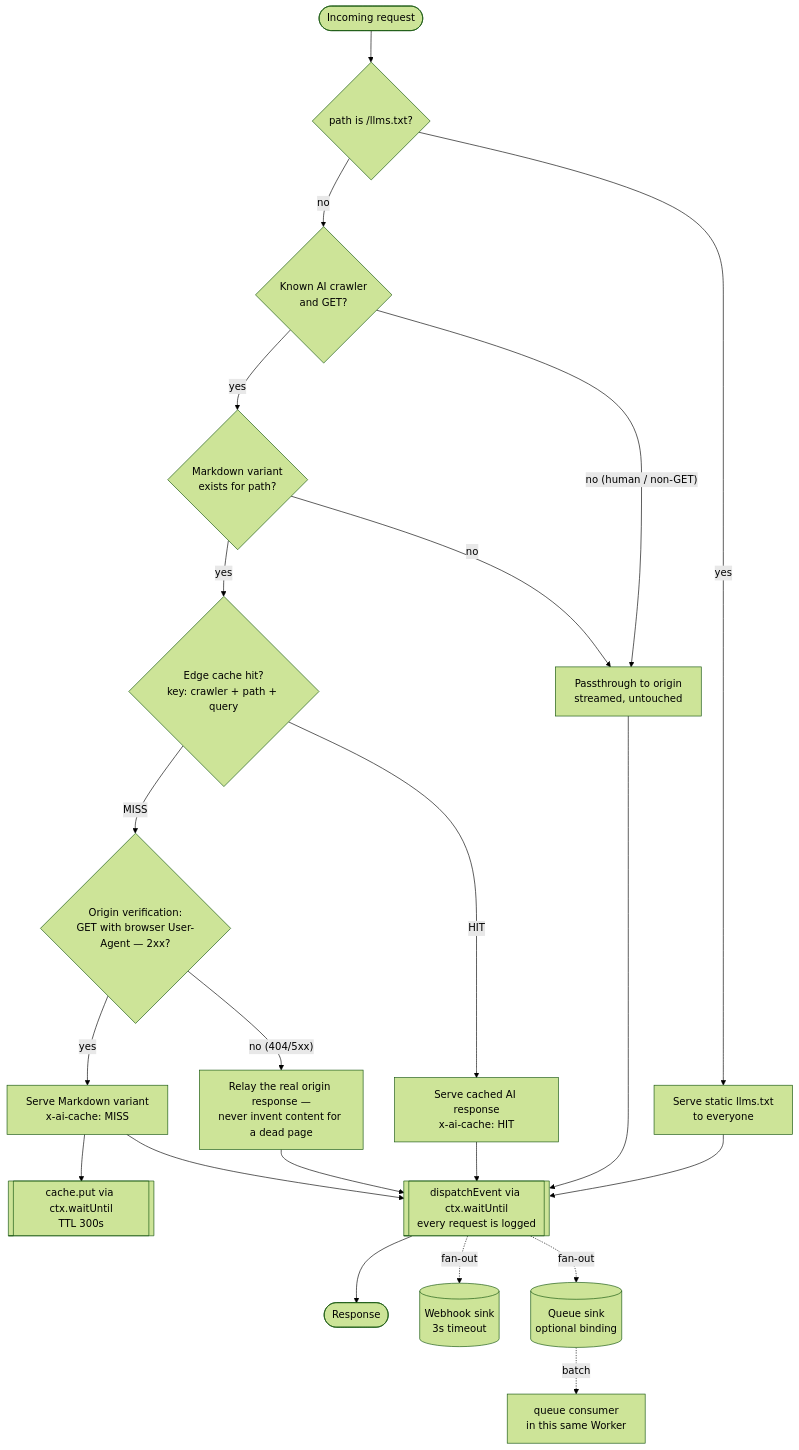
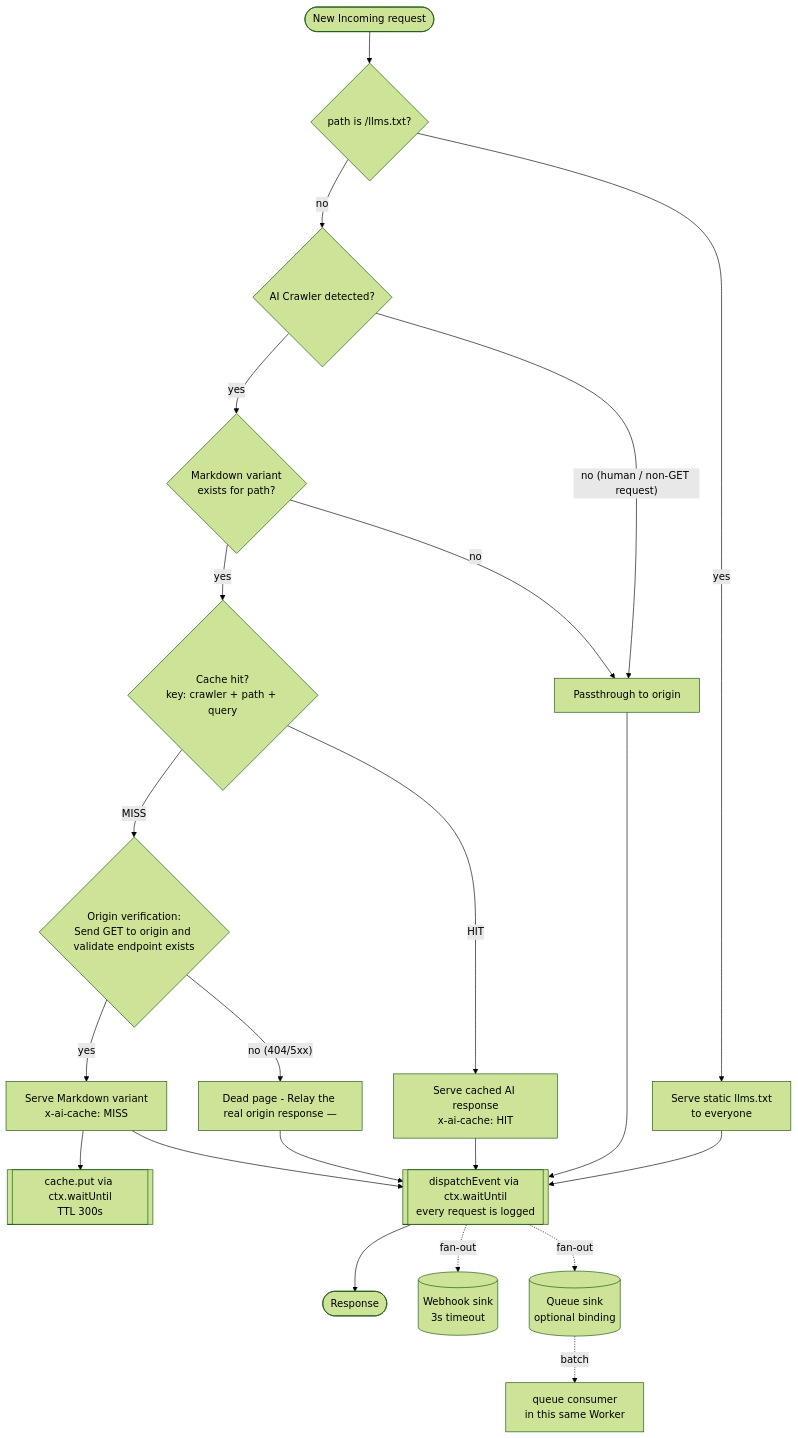
Before and after one commit to michelle-temp/AI-Crawler: the first of 2 diagrams in ARCHITECTURE.md, drawn with Mermaid (forest theme).

Commit message:
Add changes to README

````diff
--- a/ARCHITECTURE.md
+++ b/ARCHITECTURE.md
@@ -10,25 +10,25 @@
 ```mermaid
 flowchart TD
-    R(["Incoming request"]) --> LLMS{"path is /llms.txt?"}
+    R(["New Incoming request"]) --> LLMS{"path is /llms.txt?"}
     LLMS -- yes --> TXT["Serve static llms.txt<br/>to everyone"]
-    LLMS -- no --> DET{"Known AI crawler<br/>and GET?"}
+    LLMS -- no --> DET{"AI Crawler detected?"}
 
-    DET -- "no (human / non-GET)" --> PASS["Passthrough to origin<br/>streamed, untouched"]
+    DET -- "no (human / non-GET request)" --> PASS["Passthrough to origin<br/>"]
     DET -- yes --> VAR{"Markdown variant<br/>exists for path?"}
 
     VAR -- no --> PASS
-    VAR -- yes --> CACHE{"Edge cache hit?<br/>key: crawler + path + query"}
+    VAR -- yes --> CACHE{"Cache hit?<br/>key: crawler + path + query"}
 
     CACHE -- HIT --> HIT["Serve cached AI response<br/>x-ai-cache: HIT"]
-    CACHE -- MISS --> VERIFY{"Origin verification:<br/>GET with browser User-Agent — 2xx?"}
+    CACHE -- MISS --> VERIFY{"Origin verification:<br/>Send GET to origin and validate endpoint exists"}
 
-    VERIFY -- "no (404/5xx)" --> RELAY["Relay the real origin response —<br/>never invent content for a dead page"]
+    VERIFY -- "no (404/5xx)" --> RELAY["Dead page - Relay the real origin response —<br/>"]
     VERIFY -- yes --> MISS["Serve Markdown variant<br/>x-ai-cache: MISS"] --> STORE[["cache.put via ctx.waitUntil<br/>TTL 300s"]]
 
     TXT & PASS & HIT & RELAY & MISS --> FAN[["dispatchEvent via ctx.waitUntil<br/>every request is logged"]]
     FAN --> DONE(["Response"])
 
     FAN -.fan-out.-> WH[("Webhook sink<br/>3s timeout")]
     FAN -.fan-out.-> Q[("Queue sink<br/>optional binding")]
     Q -.batch.-> QC["queue consumer<br/>in this same Worker"]
 ```
````
